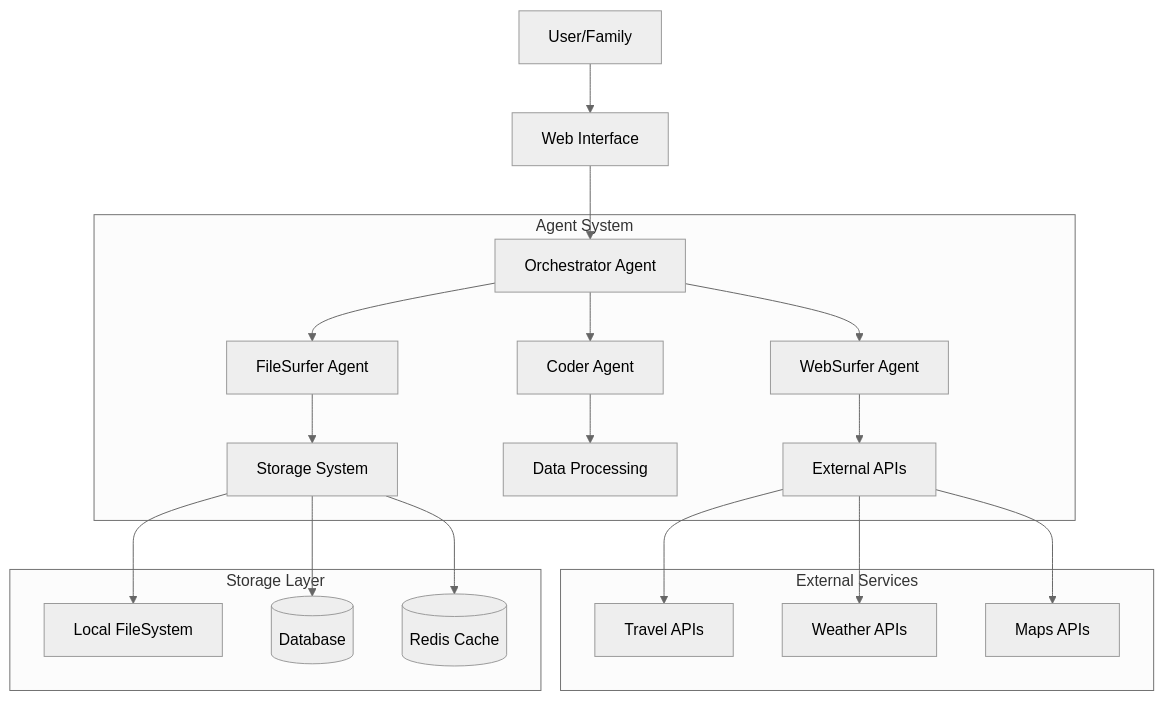
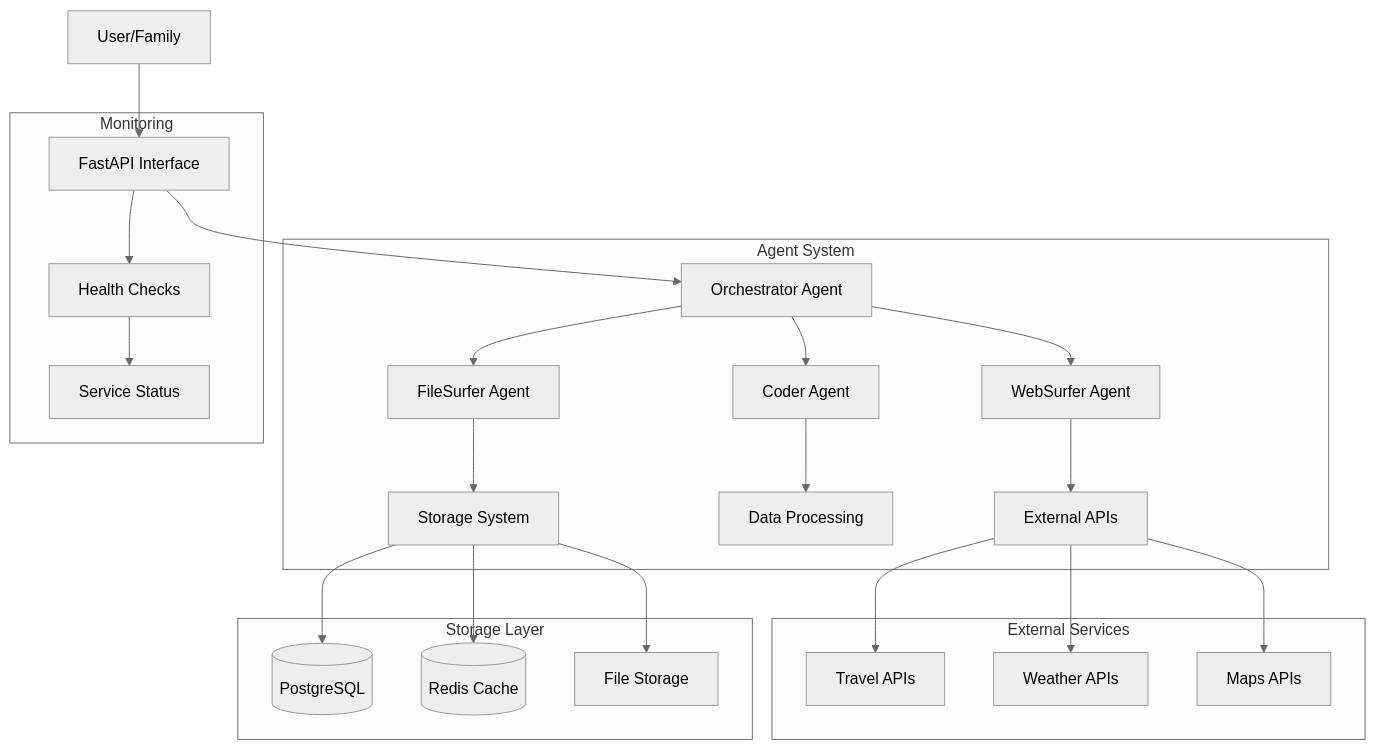
Before and after one commit to padak/magnetic: the first of 5 diagrams in docs/architecture_diagrams.md, drawn with Mermaid (neutral theme). The commit also changed other lines of this file and 3 other files, not shown here.

````diff
--- a/docs/architecture_diagrams.md
+++ b/docs/architecture_diagrams.md
@@ -5,27 +5,32 @@
 ```mermaid
 graph TB
-    User[User/Family] --> UI[Web Interface]
-    UI --> Orchestrator[Orchestrator Agent]
+    User[User/Family] --> API[FastAPI Interface]
+    API --> Orchestrator[Orchestrator Agent]
     
     subgraph "Agent System"
         Orchestrator --> WebSurfer[WebSurfer Agent]
         Orchestrator --> Coder[Coder Agent]
         Orchestrator --> FileSurfer[FileSurfer Agent]
         
         WebSurfer --> ExternalAPIs[External APIs]
         Coder --> DataProcessing[Data Processing]
         FileSurfer --> Storage[Storage System]
     end
     
     subgraph "External Services"
         ExternalAPIs --> TravelAPI[Travel APIs]
         ExternalAPIs --> WeatherAPI[Weather APIs]
         ExternalAPIs --> MapsAPI[Maps APIs]
     end
     
     subgraph "Storage Layer"
-        Storage --> LocalFS[Local FileSystem]
-        Storage --> Database[(Database)]
-        Storage --> Cache[(Redis Cache)]
+        Storage --> PostgreSQL[(PostgreSQL)]
+        Storage --> Redis[(Redis Cache)]
+        Storage --> FileStorage[File Storage]
+    end
+
+    subgraph "Monitoring"
+        API --> HealthChecks[Health Checks]
+        HealthChecks --> ServiceStatus[Service Status]
     end
 ```
````
